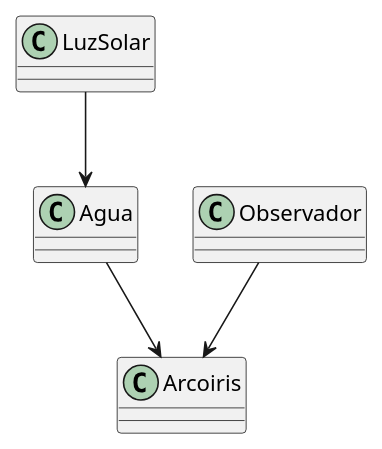
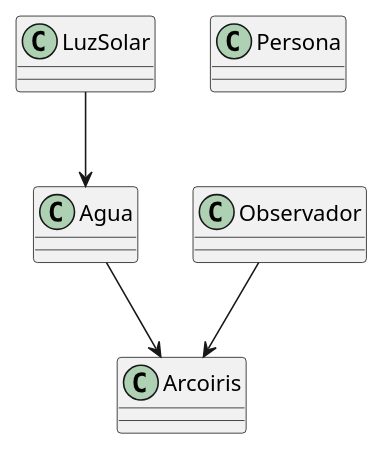
Before and after one commit to mmasias/24-25-IdSw1: the diagram in entregas/bayasAnibal/reto-001/ArcoirisObjetos.puml, drawn with PlantUML.

```diff
--- a/entregas/bayasAnibal/reto-001/ArcoirisObjetos.puml
+++ b/entregas/bayasAnibal/reto-001/ArcoirisObjetos.puml
@@ -1,20 +1,20 @@
 @startuml
 class LuzSolar{
 }
 
 class Agua{
 }
 
 class Arcoiris{
 }
 
-class Observador{
+class Persona{
 }
 
 LuzSolar --> Agua
 Agua --> Arcoiris
 Observador --> Arcoiris
 
 
 
 @enduml
```
